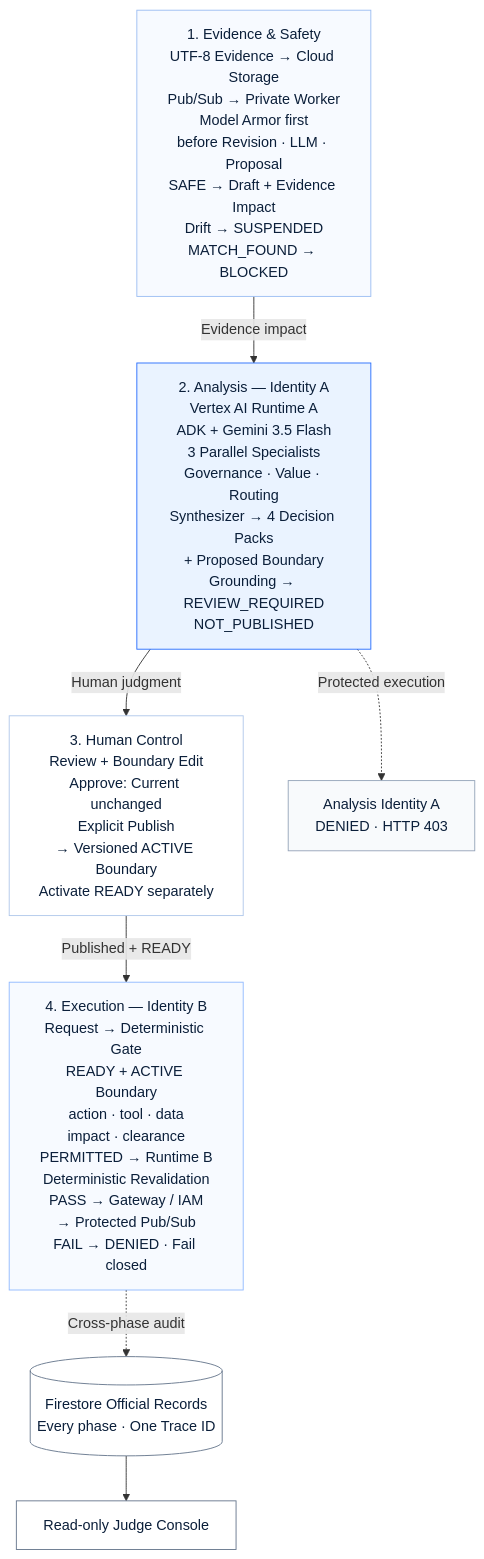
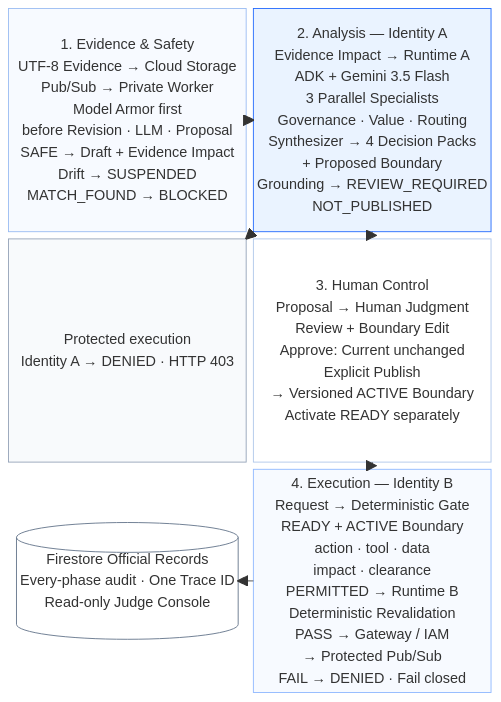
One commit to solidfdn/readinessops-agent-fleet-governance changed the diagram in docs/architecture/readinessops-architecture.mmd. Above: the diagram before and after it, drawn with Mermaid. The commit also changed 1 other file, not shown here.

Commit message:
Use polished three-row Mermaid architecture

```diff
--- a/docs/architecture/readinessops-architecture.mmd
+++ b/docs/architecture/readinessops-architecture.mmd
@@ -1,33 +1,29 @@
-flowchart TB
+block
+  columns 2
+
   E["1. Evidence & Safety<br/>UTF-8 Evidence → Cloud Storage<br/>Pub/Sub → Private Worker<br/>Model Armor first<br/>before Revision · LLM · Proposal<br/>SAFE → Draft + Evidence Impact<br/>Drift → SUSPENDED<br/>MATCH_FOUND → BLOCKED"]
-
-  A["2. Analysis — Identity A<br/>Vertex AI Runtime A<br/>ADK + Gemini 3.5 Flash<br/>3 Parallel Specialists<br/>Governance · Value · Routing<br/>Synthesizer → 4 Decision Packs<br/>+ Proposed Boundary<br/>Grounding → REVIEW_REQUIRED<br/>NOT_PUBLISHED"]
-
-  H["3. Human Control<br/>Review + Boundary Edit<br/>Approve: Current unchanged<br/>Explicit Publish<br/>→ Versioned ACTIVE Boundary<br/>Activate READY separately"]
-
+  A["2. Analysis — Identity A<br/>Evidence Impact → Runtime A<br/>ADK + Gemini 3.5 Flash<br/>3 Parallel Specialists<br/>Governance · Value · Routing<br/>Synthesizer → 4 Decision Packs<br/>+ Proposed Boundary<br/>Grounding → REVIEW_REQUIRED<br/>NOT_PUBLISHED"]
+  IAD["Protected execution<br/>Identity A → DENIED · HTTP 403"]
+  H["3. Human Control<br/>Proposal → Human Judgment<br/>Review + Boundary Edit<br/>Approve: Current unchanged<br/>Explicit Publish<br/>→ Versioned ACTIVE Boundary<br/>Activate READY separately"]
+  FSJ[("Firestore Official Records<br/>Every-phase audit · One Trace ID<br/>Read-only Judge Console")]
   X["4. Execution — Identity B<br/>Request → Deterministic Gate<br/>READY + ACTIVE Boundary<br/>action · tool · data<br/>impact · clearance<br/>PERMITTED → Runtime B<br/>Deterministic Revalidation<br/>PASS → Gateway / IAM<br/>→ Protected Pub/Sub<br/>FAIL → DENIED · Fail closed"]
 
-  E -->|Evidence impact| A
-  A -->|Human judgment| H
-  H -->|Published + READY| X
-  A -.->|Protected execution| IAD["Analysis Identity A<br/>DENIED · HTTP 403"]
-
-  FS[("Firestore Official Records<br/>Every phase · One Trace ID")]
-  JUDGE["Read-only Judge Console"]
-
-  X -.->|Cross-phase audit| FS
-  FS --> JUDGE
+  E --> A
+  A --> H
+  H --> X
+  A --> IAD
+  X --> FSJ
 
   classDef security fill:#F7FAFF,stroke:#9ABCF2,color:#0B1F3A;
   classDef blocked fill:#F8FAFC,stroke:#94A3B8,color:#0B1F3A;
   classDef governance fill:#EAF3FF,stroke:#246BFD,color:#0B1F3A;
   classDef human fill:#FFFFFF,stroke:#AFC7EA,color:#0B1F3A;
   classDef execution fill:#F7FAFF,stroke:#8FB8FF,color:#0B1F3A;
   classDef record fill:#FFFFFF,stroke:#64748B,color:#0B1F3A;
 
-  class E security;
-  class IAD blocked;
-  class A governance;
-  class H human;
-  class X execution;
-  class FS,JUDGE record;
+  class E security
+  class IAD blocked
+  class A governance
+  class H human
+  class X execution
+  class FSJ record
```
